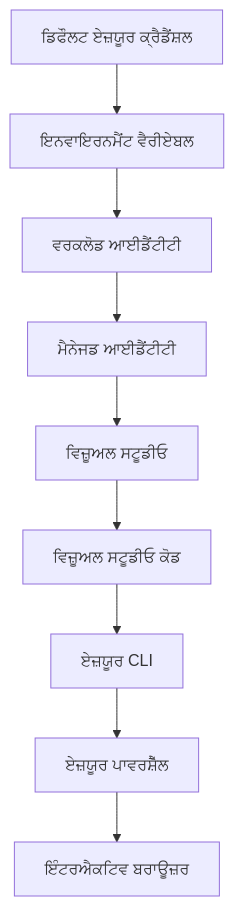
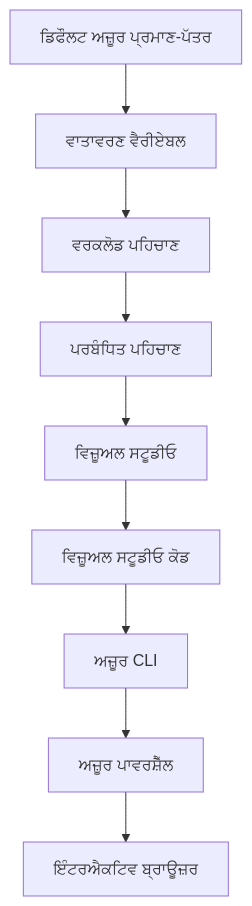
The second of 2 diagrams in translations/pa/docs/chapter-01-foundation/azd-basics.md (microsoft/AZD-for-beginners), drawn with Mermaid before and after one commit. The commit also changed other lines of this file and 101 other files, not shown here.

````diff
--- a/translations/pa/docs/chapter-01-foundation/azd-basics.md
+++ b/translations/pa/docs/chapter-01-foundation/azd-basics.md
@@ -556,11 +592,11 @@
 ```mermaid
 graph TD
-    A[ਡਿਫੌਲਟ ਏਜ਼ਯੂਰ ਕ੍ਰੈਡੈਂਸ਼ਲ] --> B[ਇਨਵਾਇਰਨਮੈਂਟ ਵੈਰੀਏਬਲ]
-    B --> C[ਵਰਕਲੋਡ ਆਈਡੈਂਟੀਟੀ]
-    C --> D[ਮੈਨੇਜਡ ਆਈਡੈਂਟੀਟੀ]
+    A[ਡਿਫੌਲਟ ਅਜ਼ੂਰ ਪ੍ਰਮਾਣ-ਪੱਤਰ] --> B[ਵਾਤਾਵਰਣ ਵੈਰੀਏਬਲ]
+    B --> C[ਵਰਕਲੋਡ ਪਹਿਚਾਣ]
+    C --> D[ਪਰਬੰਧਿਤ ਪਹਿਚਾਣ]
     D --> E[ਵਿਜ਼ੂਅਲ ਸਟੂਡੀਓ]
     E --> F[ਵਿਜ਼ੂਅਲ ਸਟੂਡੀਓ ਕੋਡ]
-    F --> G[ਏਜ਼ਯੂਰ CLI]
-    G --> H[ਏਜ਼ਯੂਰ ਪਾਵਰਸ਼ੈੱਲ]
-    H --> I[ਇੰਟਰਐਕਟਿਵ ਬਰਾਊਜ਼ਰ]
+    F --> G[ਅਜ਼ੂਰ CLI]
+    G --> H[ਅਜ਼ੂਰ ਪਾਵਰਸ਼ੈੱਲ]
+    H --> I[ਇੰਟਰਐਕਟਿਵ ਬ੍ਰਾਊਜ਼ਰ]
 ```
````
